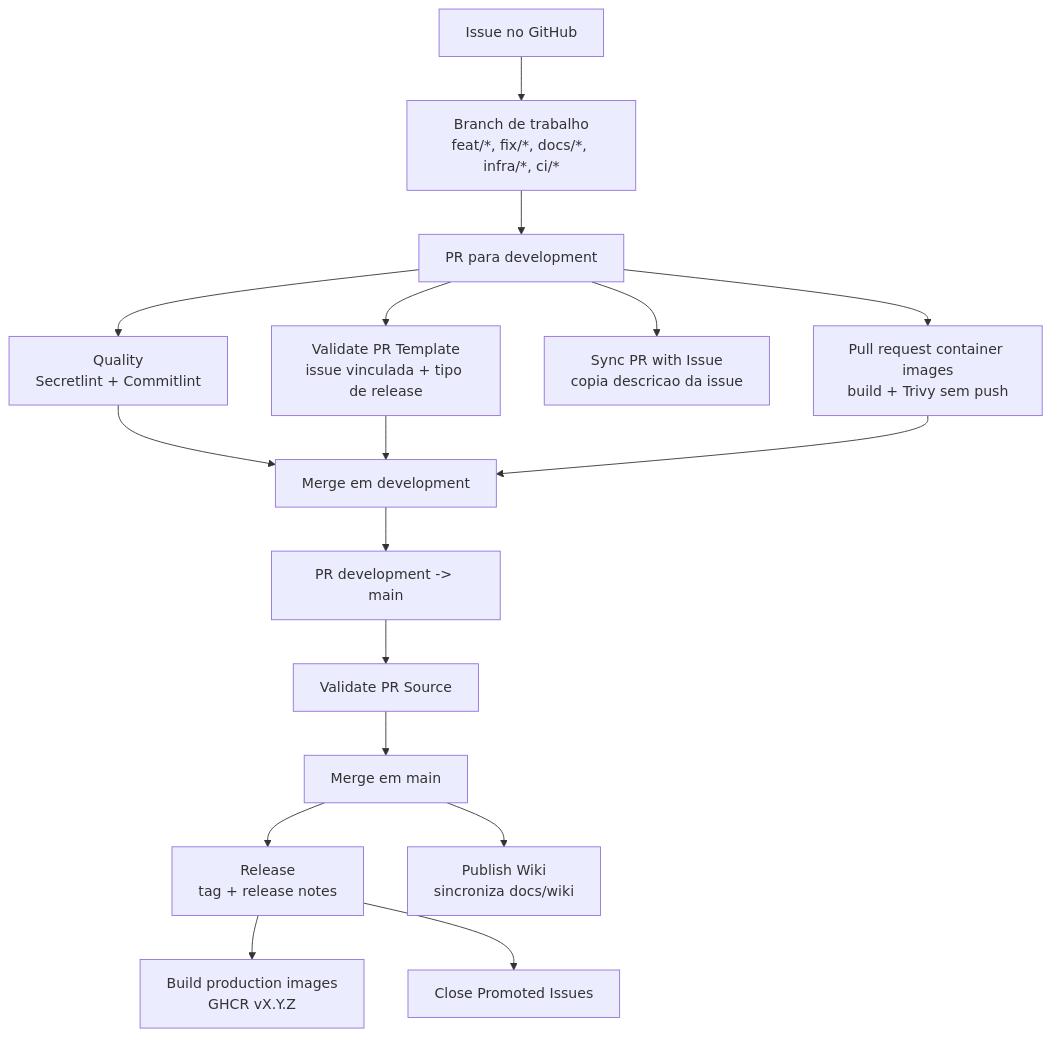
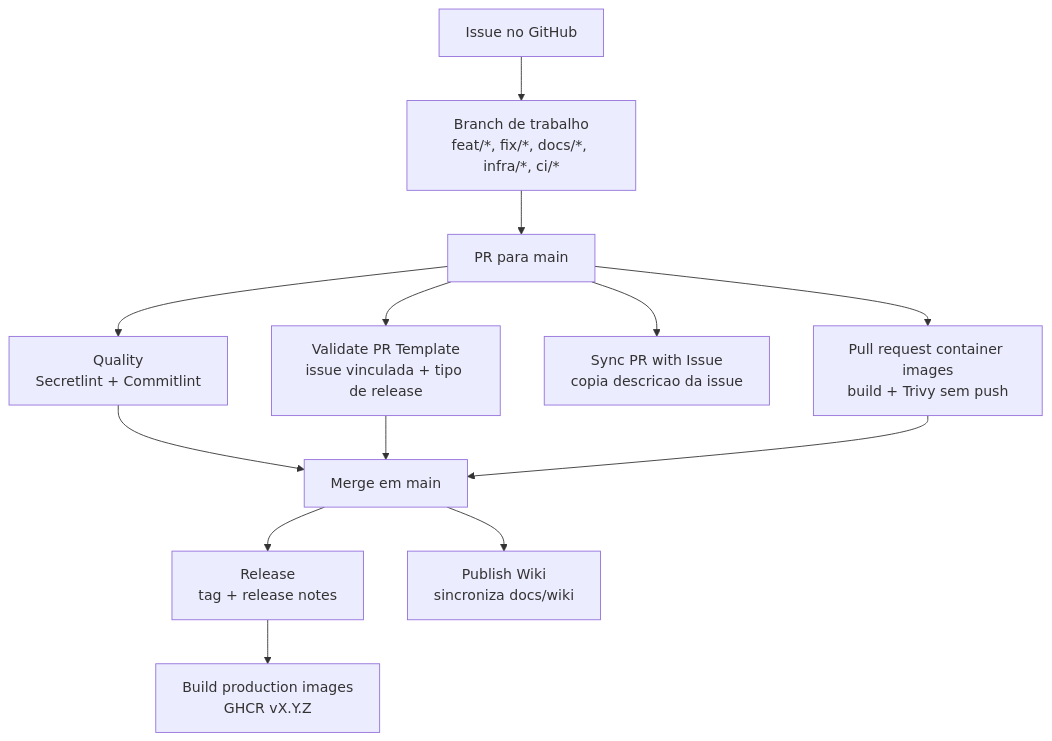
The first of 3 diagrams in docs/wiki/Esteira-de-CI-CD.md (ifpebj-ti/inventario-patrimonio-cces), drawn with Mermaid before and after one commit. The commit also changed other lines of this file and 5 other files, not shown here.

Commit message:
docs(branching): documenta fluxo direto para main

````diff
--- a/docs/wiki/Esteira-de-CI-CD.md
+++ b/docs/wiki/Esteira-de-CI-CD.md
@@ -9,34 +7,26 @@
 ```mermaid
 flowchart TD
     issue["Issue no GitHub"]
     branch["Branch de trabalho<br/>feat/*, fix/*, docs/*, infra/*, ci/*"]
-    prdev["PR para development"]
+    pr["PR para main"]
     quality["Quality<br/>Secretlint + Commitlint"]
     prtemplate["Validate PR Template<br/>issue vinculada + tipo de release"]
     syncissue["Sync PR with Issue<br/>copia descricao da issue"]
-    primages["Pull request container images<br/>build + Trivy sem push"]
-    mergeDev["Merge em development"]
-    prmain["PR development -> main"]
-    sourceCheck["Validate PR Source"]
-    mergeMain["Merge em main"]
+    images["Pull request container images<br/>build + Trivy sem push"]
+    merge["Merge em main"]
     release["Release<br/>tag + release notes"]
     prodImages["Build production images<br/>GHCR vX.Y.Z"]
     wiki["Publish Wiki<br/>sincroniza docs/wiki"]
-    closeIssues["Close Promoted Issues"]
 
-    issue --> branch --> prdev
-    prdev --> quality
-    prdev --> prtemplate
-    prdev --> syncissue
-    prdev --> primages
-    quality --> mergeDev
-    prtemplate --> mergeDev
-    primages --> mergeDev
-    mergeDev --> prmain
-    prmain --> sourceCheck
-    sourceCheck --> mergeMain
-    mergeMain --> release
-    mergeMain --> wiki
+    issue --> branch --> pr
+    pr --> quality
+    pr --> prtemplate
+    pr --> syncissue
+    pr --> images
+    quality --> merge
+    prtemplate --> merge
+    images --> merge
+    merge --> release
+    merge --> wiki
     release --> prodImages
-    release --> closeIssues
 ```
````
